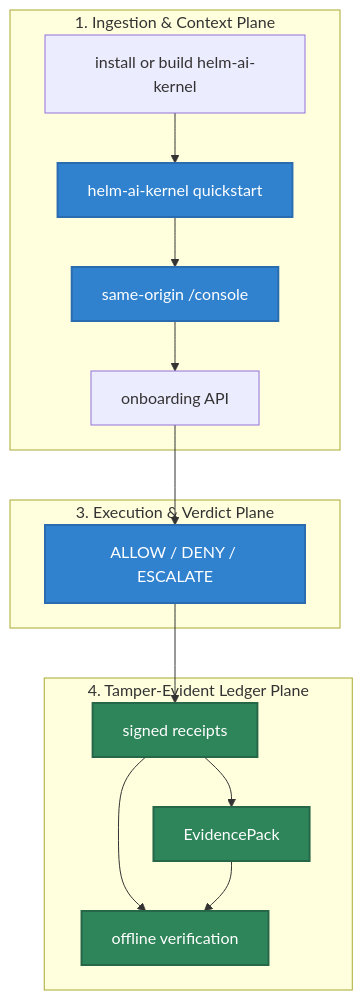
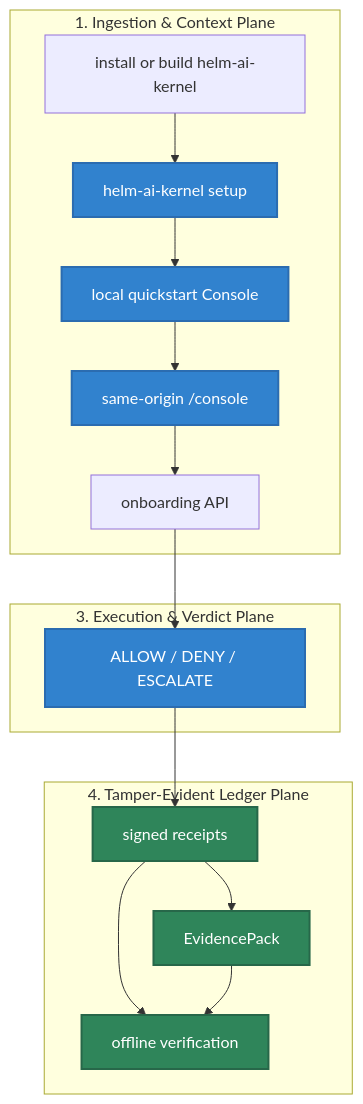
Before and after one commit to Mindburn-Labs/helm-ai-kernel: the diagram in docs/QUICKSTART.md, drawn with Mermaid. The commit also changed other lines of this file and 8 other files, not shown here.

````diff
--- a/docs/QUICKSTART.md
+++ b/docs/QUICKSTART.md
@@ -26,37 +28,40 @@
 ```mermaid
 flowchart TD
     subgraph Ingestion["1. Ingestion & Context Plane"]
         Install["install or build helm-ai-kernel"]
-        Quickstart["helm-ai-kernel quickstart"]
+        Setup["helm-ai-kernel setup"]
+        Quickstart["local quickstart Console"]
         Console["same-origin /console"]
         API["onboarding API"]
     end
 
     subgraph Execution["3. Execution & Verdict Plane"]
         Verdict["ALLOW / DENY / ESCALATE"]
     end
 
     subgraph Ledger["4. Tamper-Evident Ledger Plane"]
         Receipts["signed receipts"]
         Evidence["EvidencePack"]
         Verify["offline verification"]
     end
 
     %% Operational Flow Edges
-    Install --> Quickstart
+    Install --> Setup
+    Setup --> Quickstart
     Quickstart --> Console
     Console --> API
     API --> Verdict
     Verdict --> Receipts
     Receipts --> Verify
     Receipts --> Evidence
     Evidence --> Verify
 
     %% Premium Styling Rules
+    style Setup fill:#3182ce,stroke:#2b6cb0,stroke-width:2px,color:#fff
     style Quickstart fill:#3182ce,stroke:#2b6cb0,stroke-width:2px,color:#fff
     style Console fill:#3182ce,stroke:#2b6cb0,stroke-width:2px,color:#fff
     style Verdict fill:#3182ce,stroke:#2b6cb0,stroke-width:2px,color:#fff
     style Receipts fill:#2f855a,stroke:#276749,stroke-width:2px,color:#fff
     style Evidence fill:#2f855a,stroke:#276749,stroke-width:2px,color:#fff
     style Verify fill:#2f855a,stroke:#276749,stroke-width:2px,color:#fff
 ```
````
